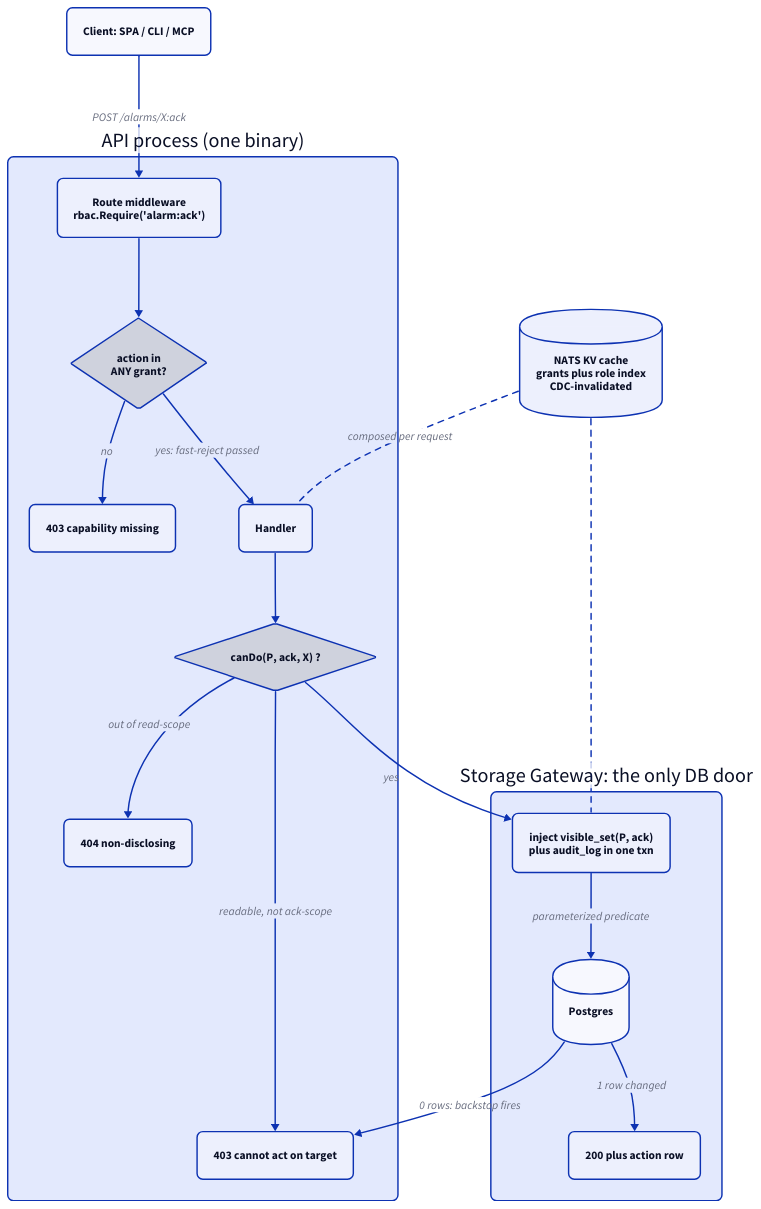
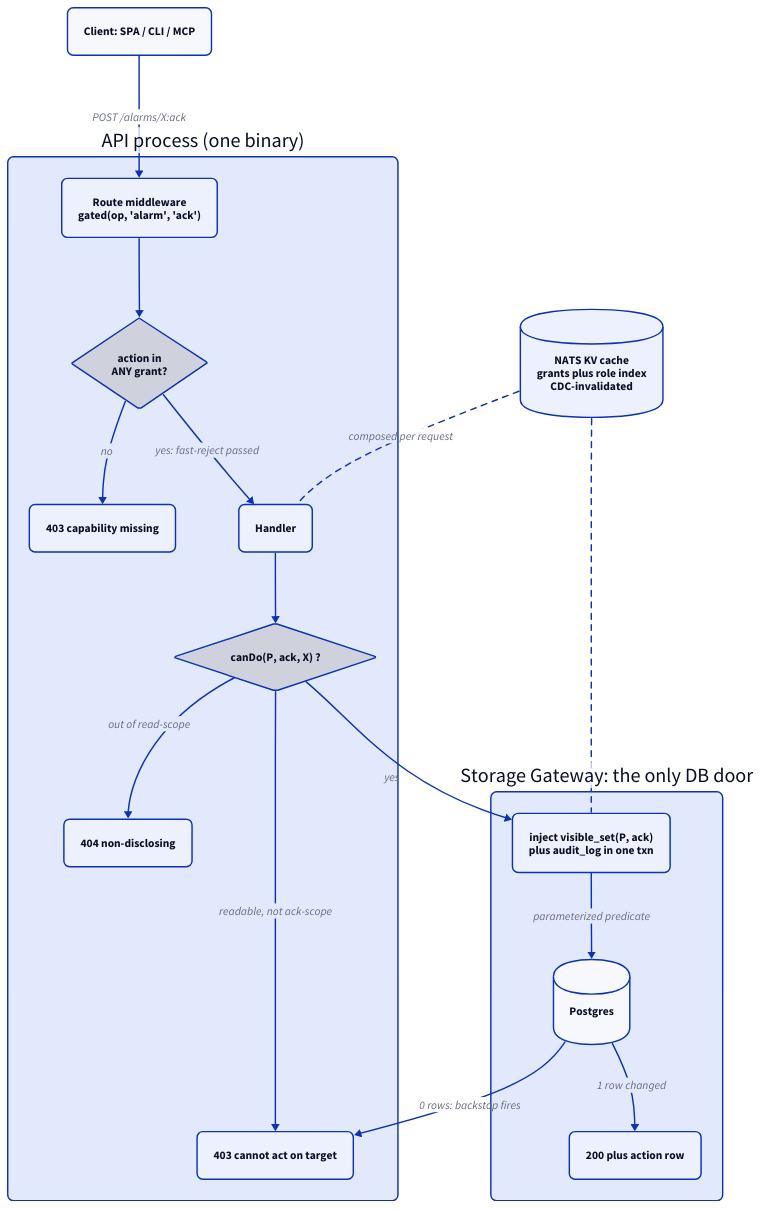
Before and after one commit to hyperscaleav/omniglass: the diagram in docs/src/content/docs/architecture/identity-access.md, drawn with D2. The commit also changed other lines of this file and 74 other files, not shown here.

````diff
--- a/docs/src/content/docs/architecture/identity-access.md
+++ b/docs/src/content/docs/architecture/identity-access.md
@@ -413,38 +417,38 @@
 ```d2
 direction: down
 classes: {
   node: { style.border-radius: 8 }
   group: { style.border-radius: 8 }
 }
 client: "Client: SPA / CLI / MCP" { class: node }
 api: "API process (one binary)" {
   class: group
-  mw: "Route middleware\nrbac.Require('alarm:ack')" { class: node }
+  mw: "Route middleware\ngated(op, 'alarm', 'ack')" { class: node }
   mwq: "action in\nANY grant?" { class: node; shape: diamond }
   e403a: "403 capability missing" { class: node }
   handler: "Handler" { class: node }
   hq: "canDo(P, ack, X) ?" { class: node; shape: diamond }
   e403b: "403 cannot act on target" { class: node }
   e404: "404 non-disclosing" { class: node }
   mw -> mwq
   mwq -> e403a: "no"
   mwq -> handler: "yes: fast-reject passed"
   handler -> hq
   hq -> e403b: "readable, not ack-scope"
   hq -> e404: "out of read-scope"
 }
 gwbox: "Storage Gateway: the only DB door" {
   class: group
   gw: "inject visible_set(P, ack)\nplus audit_log in one txn" { class: node }
   db: "Postgres" { class: node; shape: cylinder }
   ok: "200 plus action row" { class: node }
   gw -> db: "parameterized predicate"
   db -> ok: "1 row changed"
 }
 kv: "NATS KV cache\ngrants plus role index\nCDC-invalidated" { class: node; shape: cylinder }
 client -> api.mw: "POST /alarms/X:ack"
 api.hq -> gwbox.gw: "yes"
 gwbox.db -> api.e403b: "0 rows: backstop fires"
 kv -- api.handler: "composed per request" { style.stroke-dash: 4 }
 kv -- gwbox.gw { style.stroke-dash: 4 }
 ```
````
